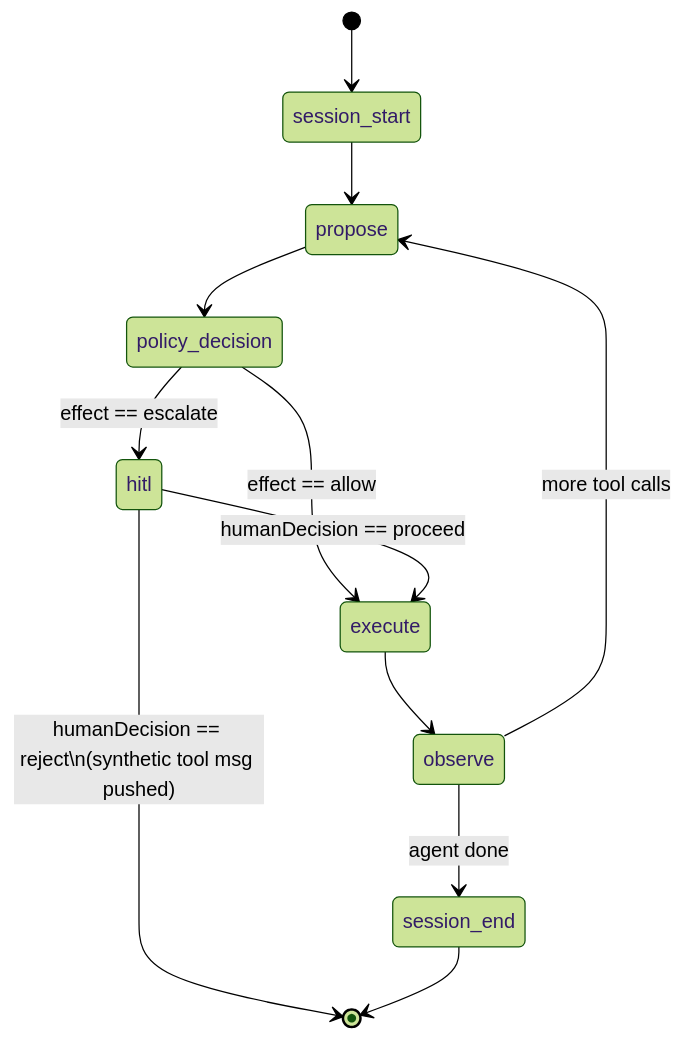
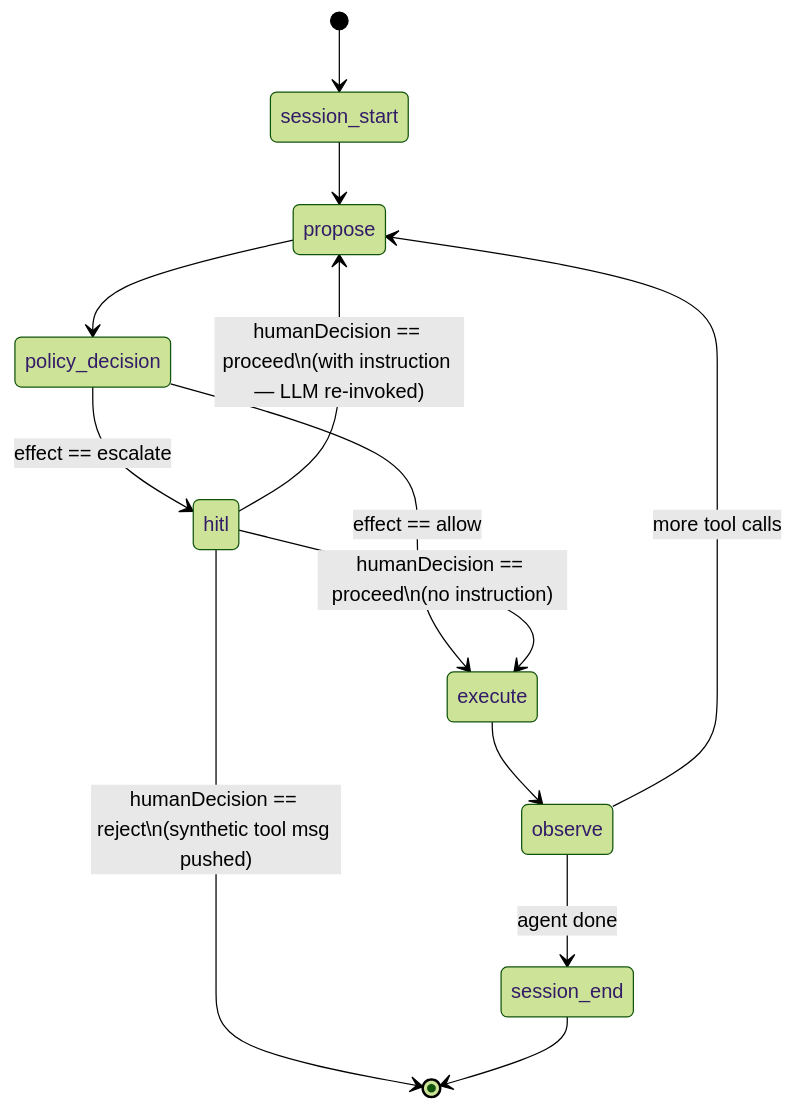
Before and after one commit to FlowiseAI/Flowise: the third of 21 diagrams in hackathon/governance-design.md, drawn with Mermaid (forest theme). The commit also changed other lines of this file and 1 other file, not shown here.

First line of the commit message:
feat(governance): refactor HITL proceed path to support redirect instructions

````diff
--- a/hackathon/governance-design.md
+++ b/hackathon/governance-design.md
@@ -176,14 +194,15 @@
 ```mermaid
 stateDiagram-v2
     [*] --> session_start
     session_start --> propose
     propose --> policy_decision
     policy_decision --> hitl : effect == escalate
     policy_decision --> execute : effect == allow
-    hitl --> execute : humanDecision == proceed
+    hitl --> execute : humanDecision == proceed\n(no instruction)
+    hitl --> propose : humanDecision == proceed\n(with instruction — LLM re-invoked)
     hitl --> [*] : humanDecision == reject\n(synthetic tool msg pushed)
     execute --> observe
     observe --> propose : more tool calls
     observe --> session_end : agent done
     session_end --> [*]
 ```
````
